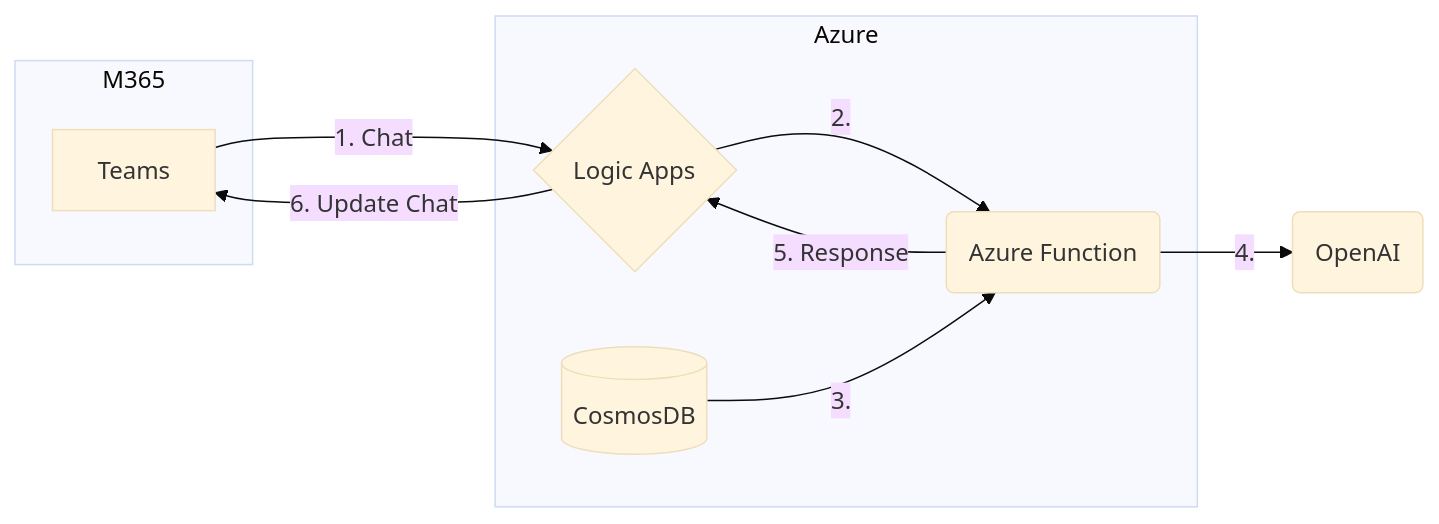
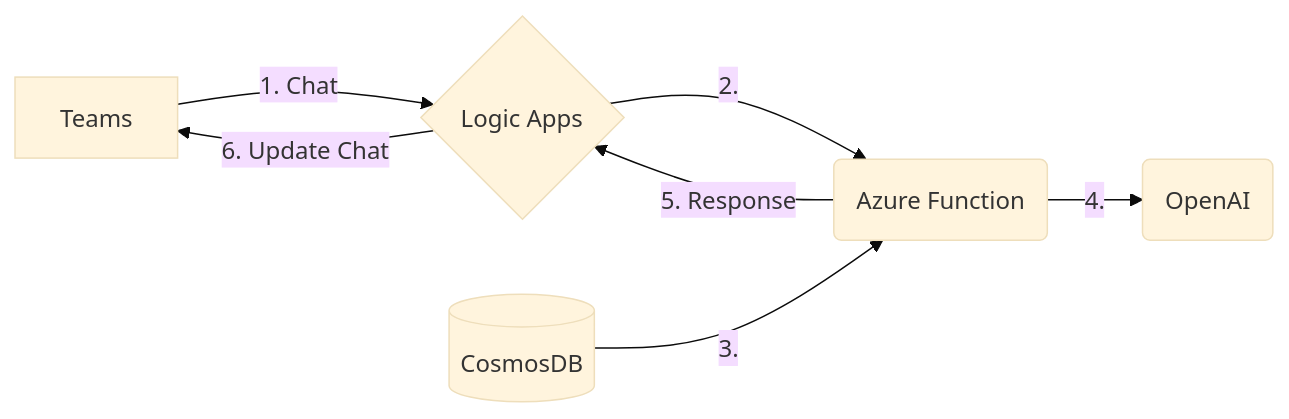
Before and after one commit to nagendramishr/mini-rag-quickstart: the first of 3 diagrams in README.md, drawn with Mermaid (base theme).

````diff
--- a/README.md
+++ b/README.md
@@ -27,14 +27,9 @@
 ```mermaid
 graph LR
-subgraph M365
-A[Teams]
-end
-subgraph Azure
-A-- 1. Chat --> B{Logic Apps}
+A[Teams]-- 1. Chat --> B{Logic Apps}
 B -- 2. --> C(Azure Function)
 D[(CosmosDB)] -- 3. --> C
-end
 C -- 4. --> E(OpenAI)
 C -- 5. Response --> B
 B -- 6. Update Chat --> A 
 ```
````
